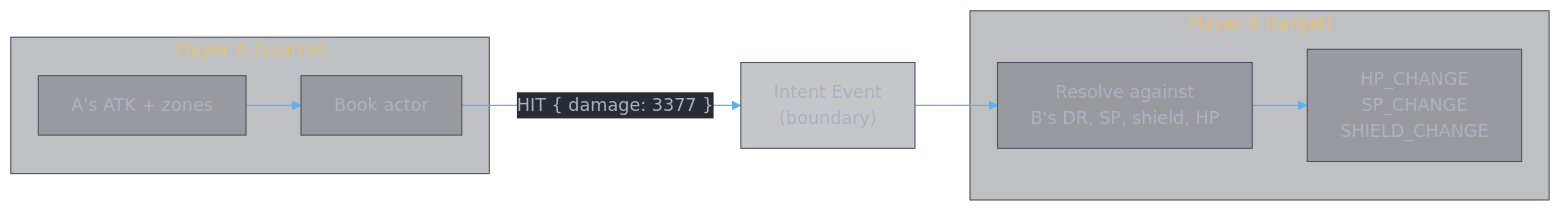
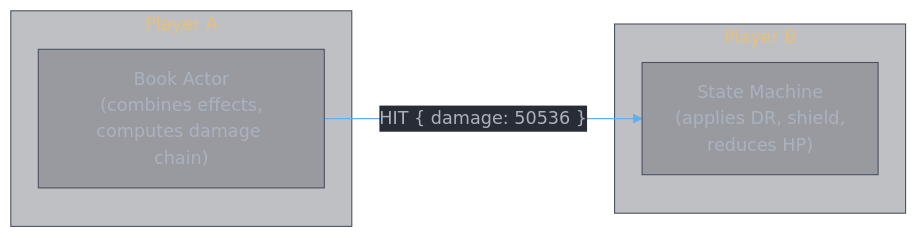
One commit to zhifengzhang-sz/divine-book changed the first of 3 diagrams in docs/simulator/design.reactive.md. Above: the diagram before and after it, drawn with Mermaid. The commit also changed other lines of this file, not shown here.

````diff
--- a/docs/simulator/design.reactive.md
+++ b/docs/simulator/design.reactive.md
@@ -205,15 +151,11 @@
 ```mermaid
 %%{init: {'theme': 'base', 'themeVariables': {'primaryColor': '#3e44514D', 'primaryTextColor': '#abb2bf', 'primaryBorderColor': '#4b5263', 'lineColor': '#61afef', 'secondaryColor': '#2c313a4D', 'secondaryTextColor': '#abb2bf', 'secondaryBorderColor': '#4b5263', 'tertiaryColor': '#282c344D', 'mainBkg': '#3e44514D', 'nodeBorder': '#4b5263', 'clusterBkg': '#2c313a4D', 'clusterBorder': '#4b5263', 'titleColor': '#e5c07b', 'edgeLabelBackground': '#282c34', 'textColor': '#abb2bf', 'background': '#282c34'}}}%%
 flowchart LR
-    subgraph "Player A (source)"
-        A_ATK["A's ATK + zones"]
-        A_BOOK["Book actor"]
-        A_ATK --> A_BOOK
+    subgraph "Player A"
+        BA["Book Actor<br/>(combines effects,<br/>computes damage chain)"]
     end
-    A_BOOK -- "HIT { damage: 3377 }" --> INTENT["Intent Event<br/>(boundary)"]
-    INTENT --> B_RESOLVE
-    subgraph "Player B (target)"
-        B_RESOLVE["Resolve against<br/>B's DR, SP, shield, HP"]
-        B_RESOLVE --> B_EVENTS["HP_CHANGE<br/>SP_CHANGE<br/>SHIELD_CHANGE"]
+    BA -- "HIT { damage: 50536 }" --> RESOLVE
+    subgraph "Player B"
+        RESOLVE["State Machine<br/>(applies DR, shield,<br/>reduces HP)"]
     end
 ```
````
